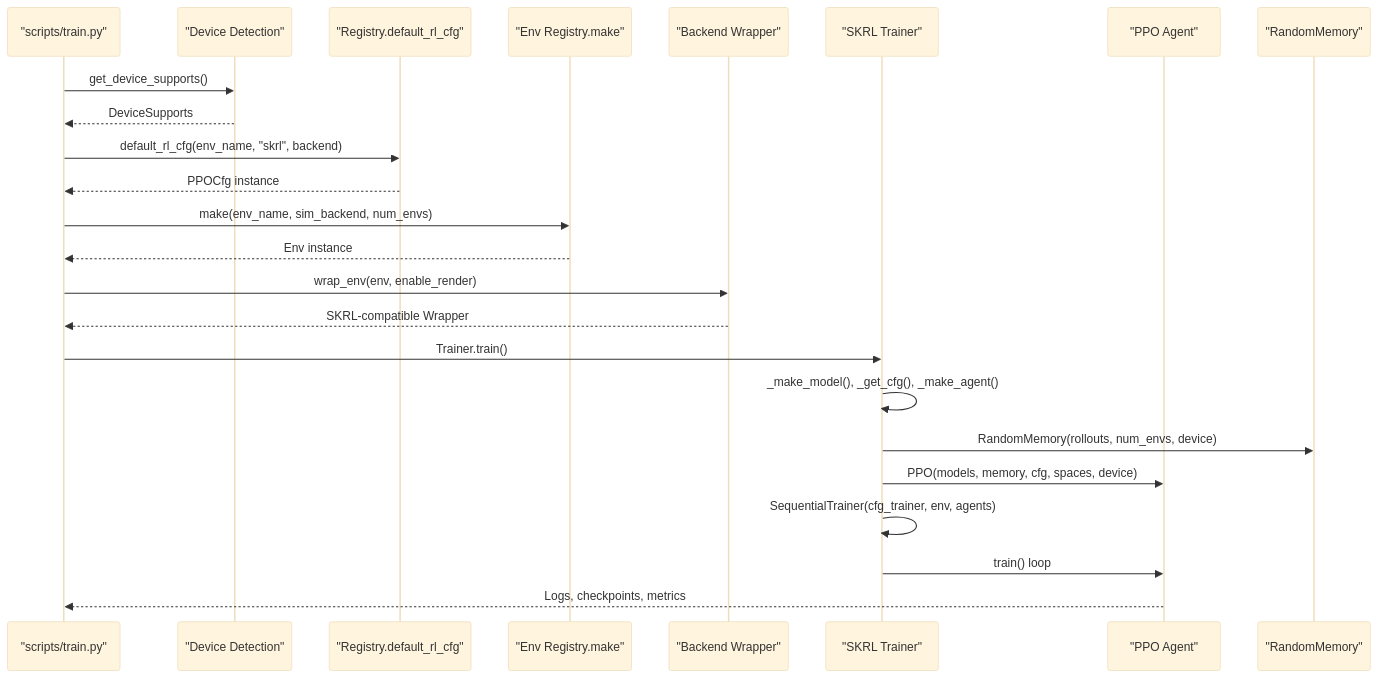
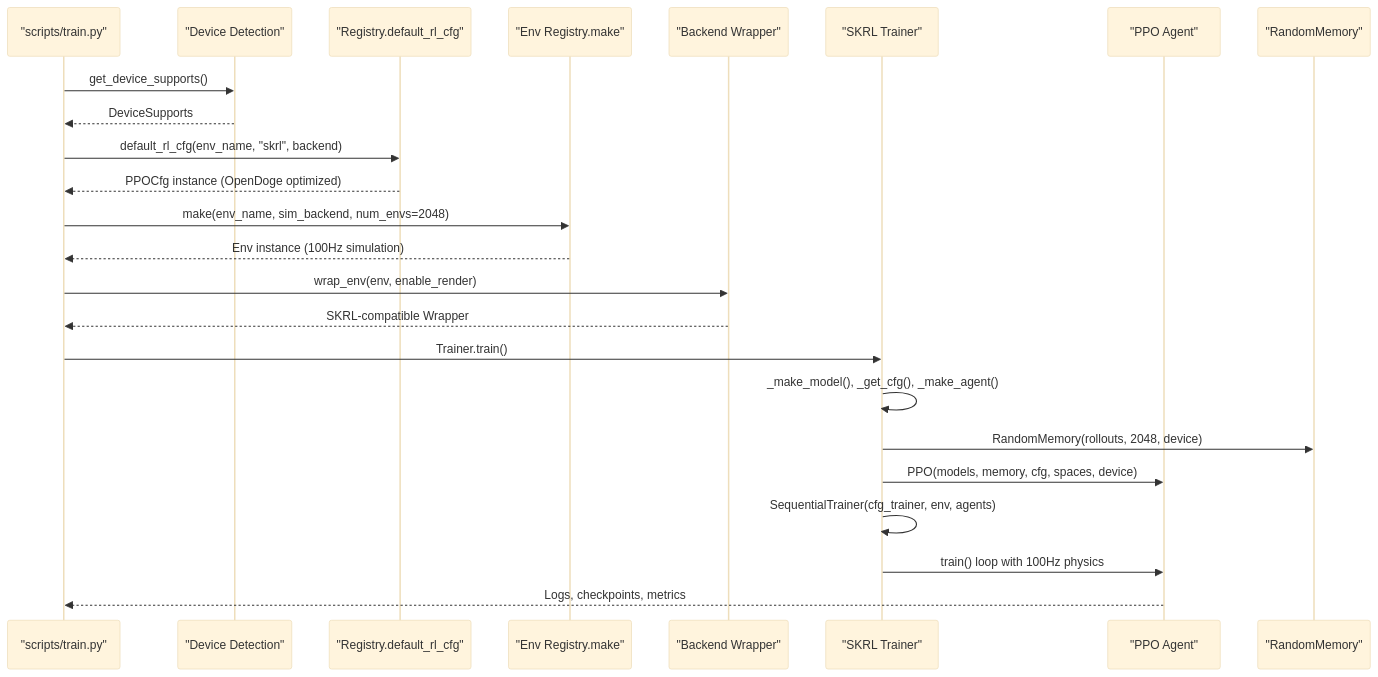
Before and after one commit to jayjayhust/MotrixLab: the second of 10 diagrams in .qoder/repowiki/en/content/Training Framework Integration/Training Framework Integration.md, drawn with Mermaid (base theme). The commit also changed other lines of this file and 8 other files, not shown here.

````diff
--- a/.qoder/repowiki/en/content/Training Framework Integration/Training Framework Integration.md
+++ b/.qoder/repowiki/en/content/Training Framework Integration/Training Framework Integration.md
@@ -141,26 +157,26 @@
 ```mermaid
 sequenceDiagram
 participant CLI as "scripts/train.py"
 participant Utils as "Device Detection"
 participant Reg as "Registry.default_rl_cfg"
 participant EnvReg as "Env Registry.make"
 participant Wrap as "Backend Wrapper"
 participant Trainer as "SKRL Trainer"
 participant Agent as "PPO Agent"
 participant Mem as "RandomMemory"
 CLI->>Utils : get_device_supports()
 Utils-->>CLI : DeviceSupports
 CLI->>Reg : default_rl_cfg(env_name, "skrl", backend)
-Reg-->>CLI : PPOCfg instance
-CLI->>EnvReg : make(env_name, sim_backend, num_envs)
-EnvReg-->>CLI : Env instance
+Reg-->>CLI : PPOCfg instance (OpenDoge optimized)
+CLI->>EnvReg : make(env_name, sim_backend, num_envs=2048)
+EnvReg-->>CLI : Env instance (100Hz simulation)
 CLI->>Wrap : wrap_env(env, enable_render)
 Wrap-->>CLI : SKRL-compatible Wrapper
 CLI->>Trainer : Trainer.train()
 Trainer->>Trainer : _make_model(), _get_cfg(), _make_agent()
-Trainer->>Mem : RandomMemory(rollouts, num_envs, device)
+Trainer->>Mem : RandomMemory(rollouts, 2048, device)
 Trainer->>Agent : PPO(models, memory, cfg, spaces, device)
 Trainer->>Trainer : SequentialTrainer(cfg_trainer, env, agents)
-Trainer->>Agent : train() loop
+Trainer->>Agent : train() loop with 100Hz physics
 Agent-->>CLI : Logs, checkpoints, metrics
 ```
````
